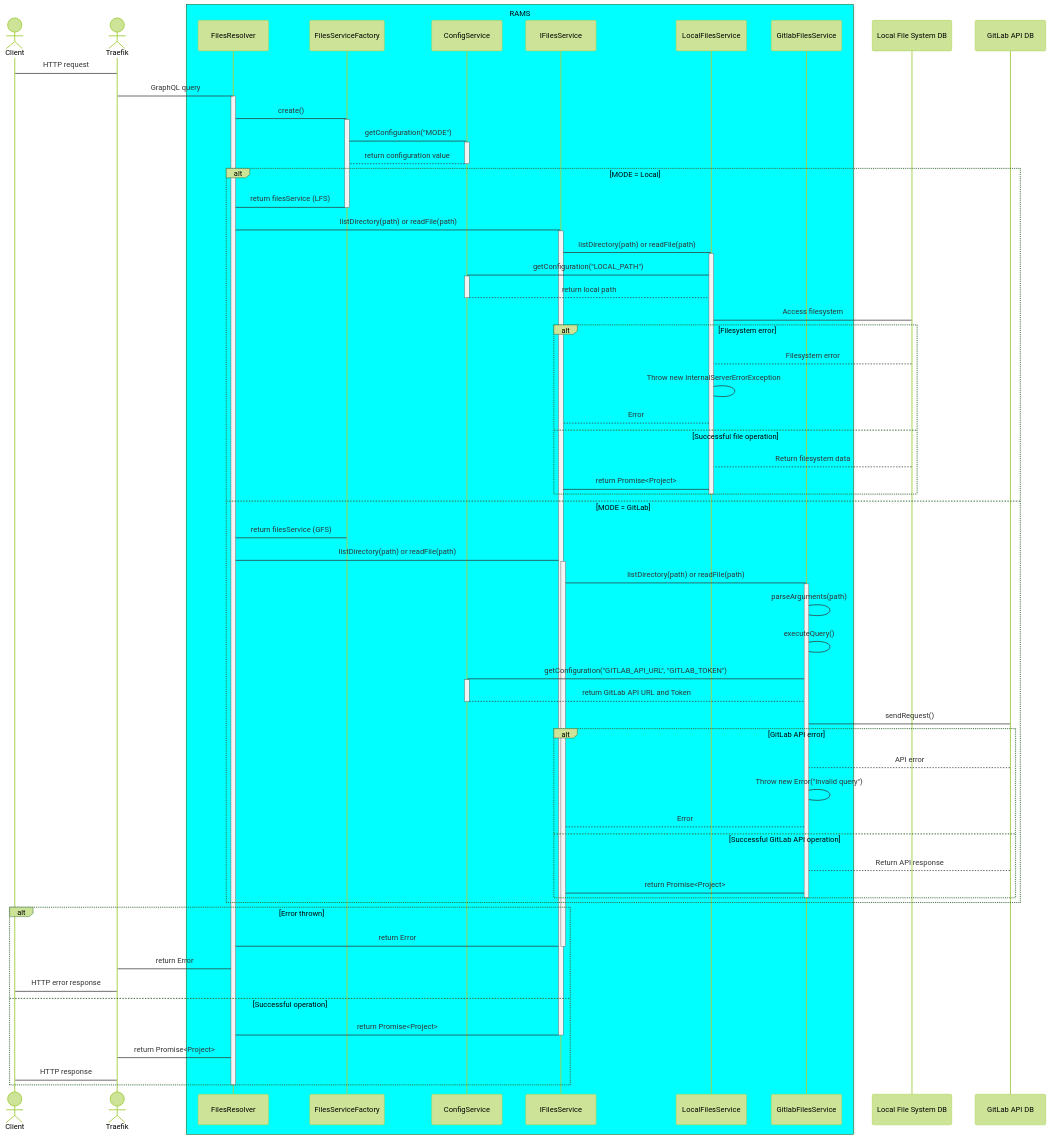
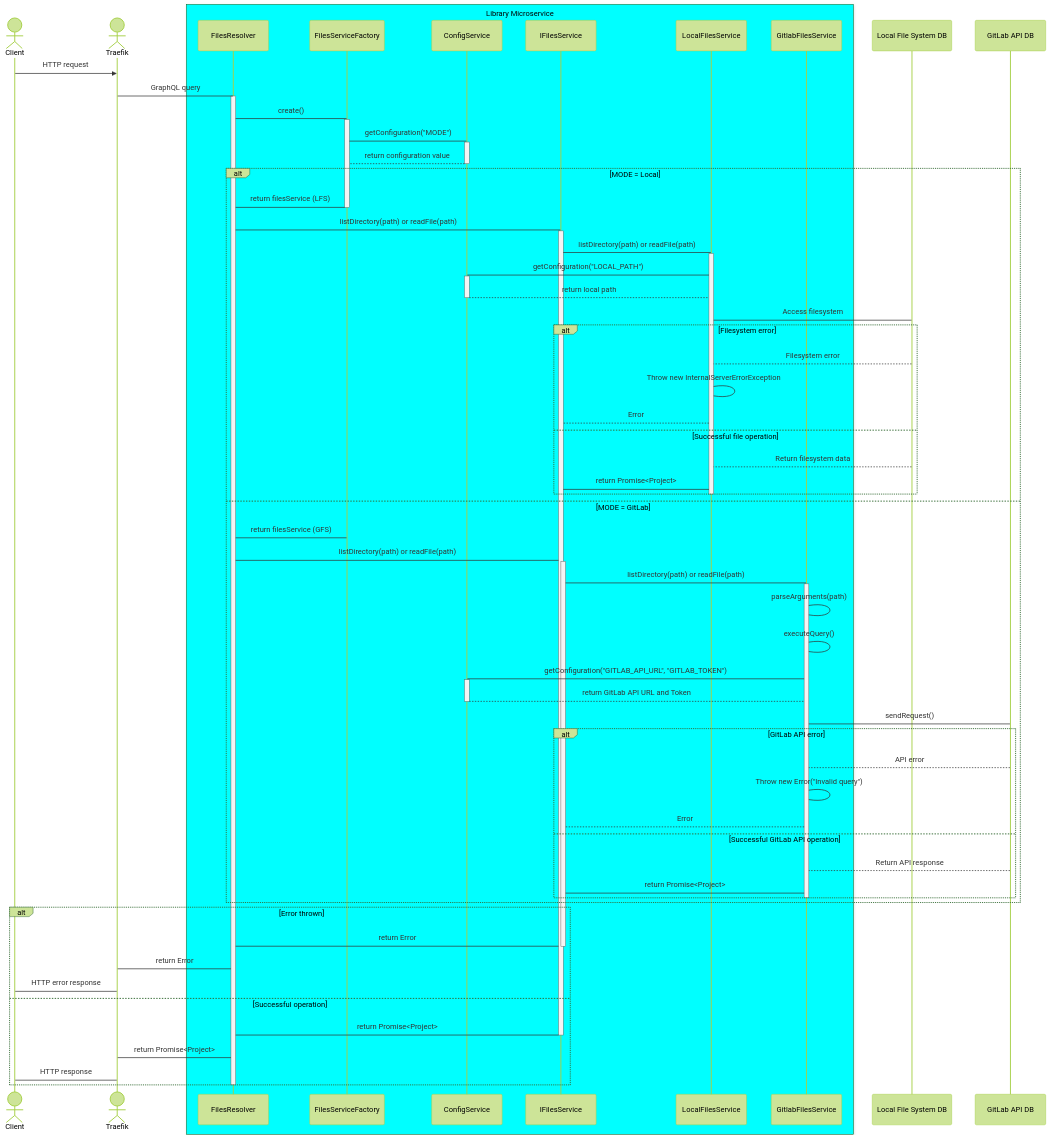
The second of 2 diagrams in docs/developer/system/lib-ms.md (INTO-CPS-Association/DTaaS), drawn with Mermaid (forest theme) before and after one commit. The commit also changed 7 other files, not shown here.

```diff
--- a/docs/developer/system/lib-ms.md
+++ b/docs/developer/system/lib-ms.md
@@ -63,7 +63,7 @@
     actor Client
     actor Traefik
     
-    box Aqua RAMS
+    box Aqua Library Microservice
     participant FR as FilesResolver
     participant FSF as FilesServiceFactory
     participant CS as ConfigService 
@@ -75,7 +75,7 @@
     participant FS as Local File System DB
     participant GAPI as GitLab API DB
 
-    Client -> Traefik : HTTP request
+    Client ->> Traefik : HTTP request
     Traefik -> FR : GraphQL query
     activate FR
 
```
